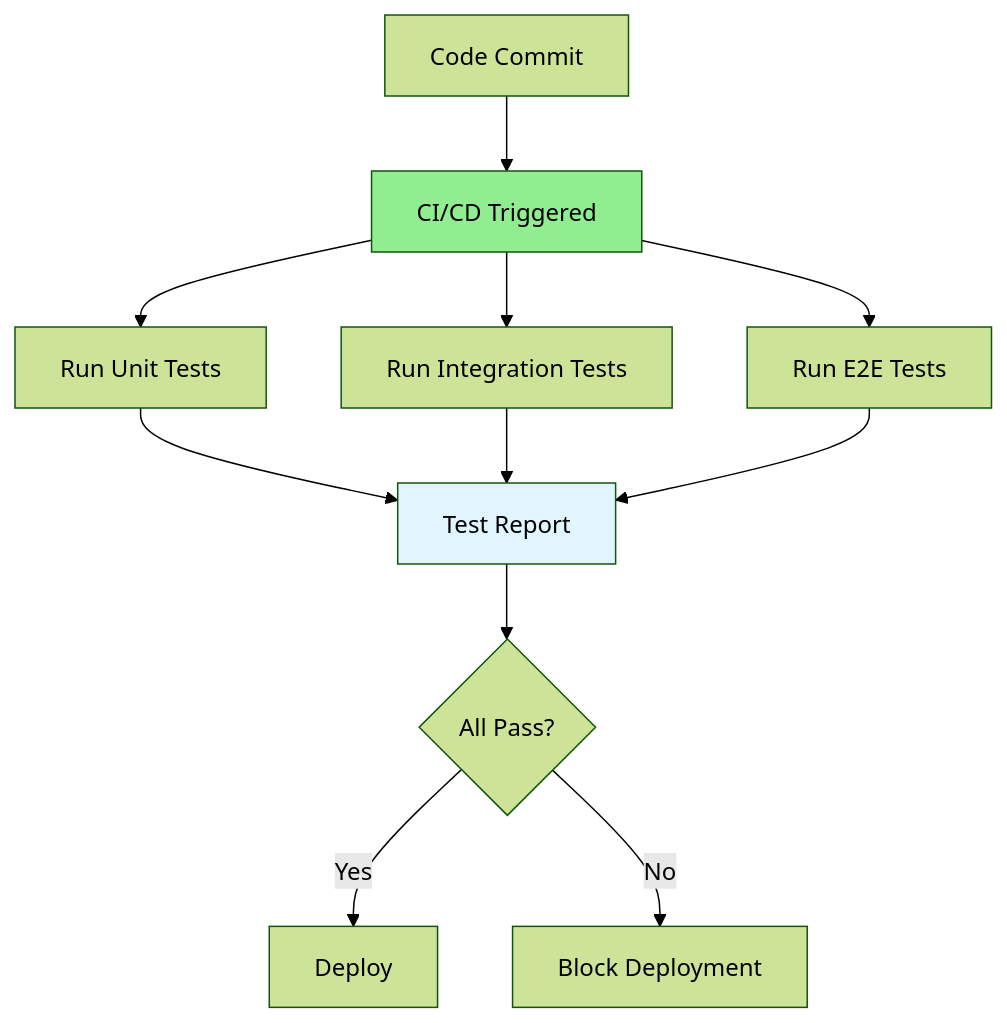
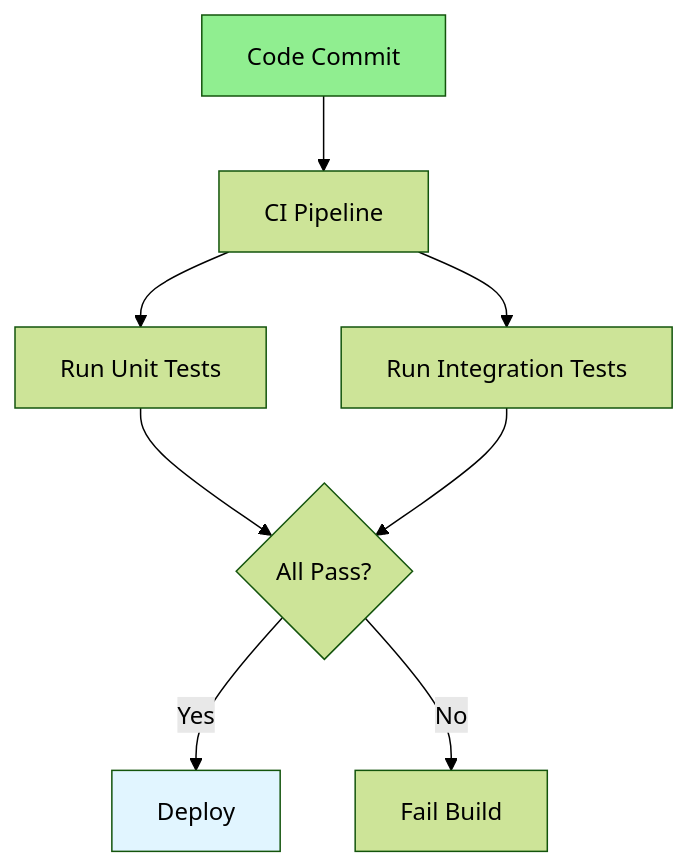
Before and after one commit to iouthnamain/tech-note: the diagram in Full-Stack-Guides/Group-07-Unit-Test-Debug/07.14_Test_Automation.md, drawn with Mermaid (forest theme). The commit also changed other lines of this file and 480 other files, not shown here.

````diff
--- a/Full-Stack-Guides/Group-07-Unit-Test-Debug/07.14_Test_Automation.md
+++ b/Full-Stack-Guides/Group-07-Unit-Test-Debug/07.14_Test_Automation.md
@@ -22,18 +22,13 @@
 ```mermaid
 flowchart TD
-    Commit[Code Commit] --> Trigger[CI/CD Triggered]
-    Trigger --> Unit[Run Unit Tests]
-    Trigger --> Integration[Run Integration Tests]
-    Trigger --> E2E[Run E2E Tests]
+    Commit[Code Commit] --> CI[CI Pipeline]
+    CI --> Unit[Run Unit Tests]
+    CI --> Integration[Run Integration Tests]
+    Unit --> Pass{All Pass?}
+    Integration --> Pass
+    Pass -->|Yes| Deploy[Deploy]
+    Pass -->|No| Fail[Fail Build]
     
-    Unit --> Report[Test Report]
-    Integration --> Report
-    E2E --> Report
-    
-    Report --> Pass{All Pass?}
-    Pass -->|Yes| Deploy[Deploy]
-    Pass -->|No| Block[Block Deployment]
-    
-    style Trigger fill:#90EE90
-    style Report fill:#e1f5ff
+    style Commit fill:#90EE90
+    style Deploy fill:#e1f5ff
 ```
````
